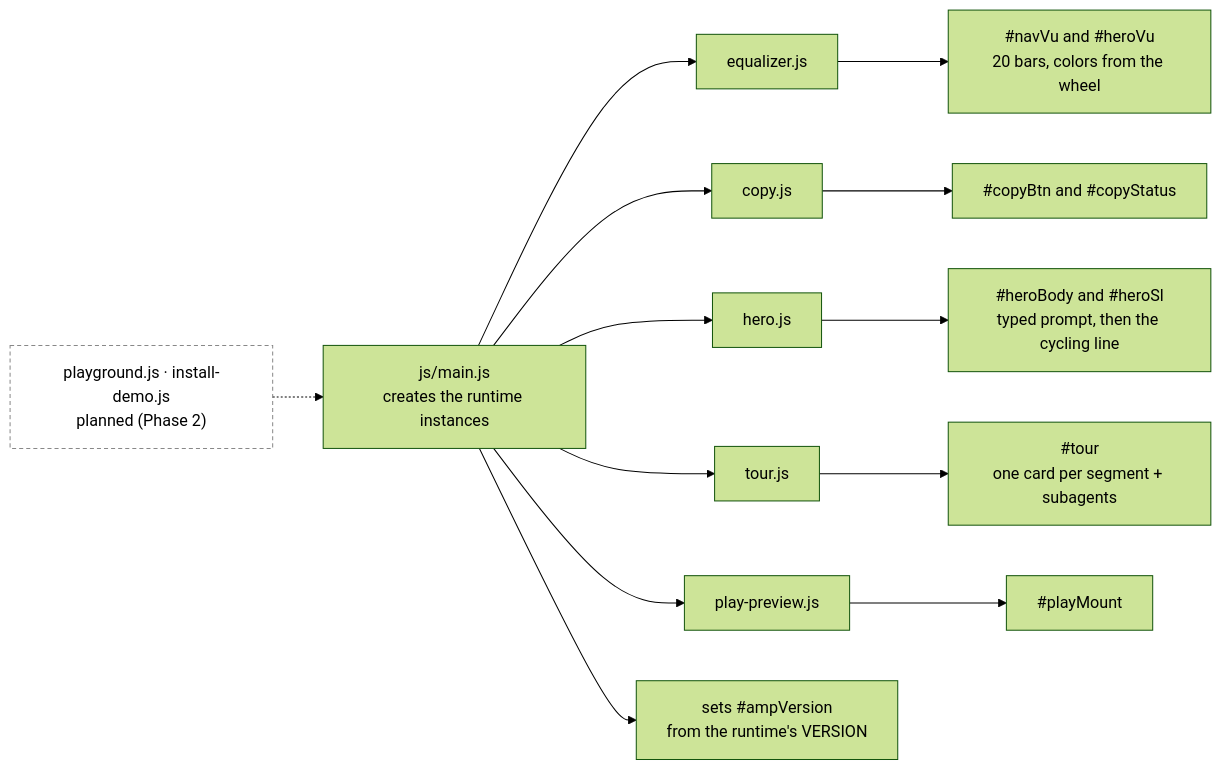
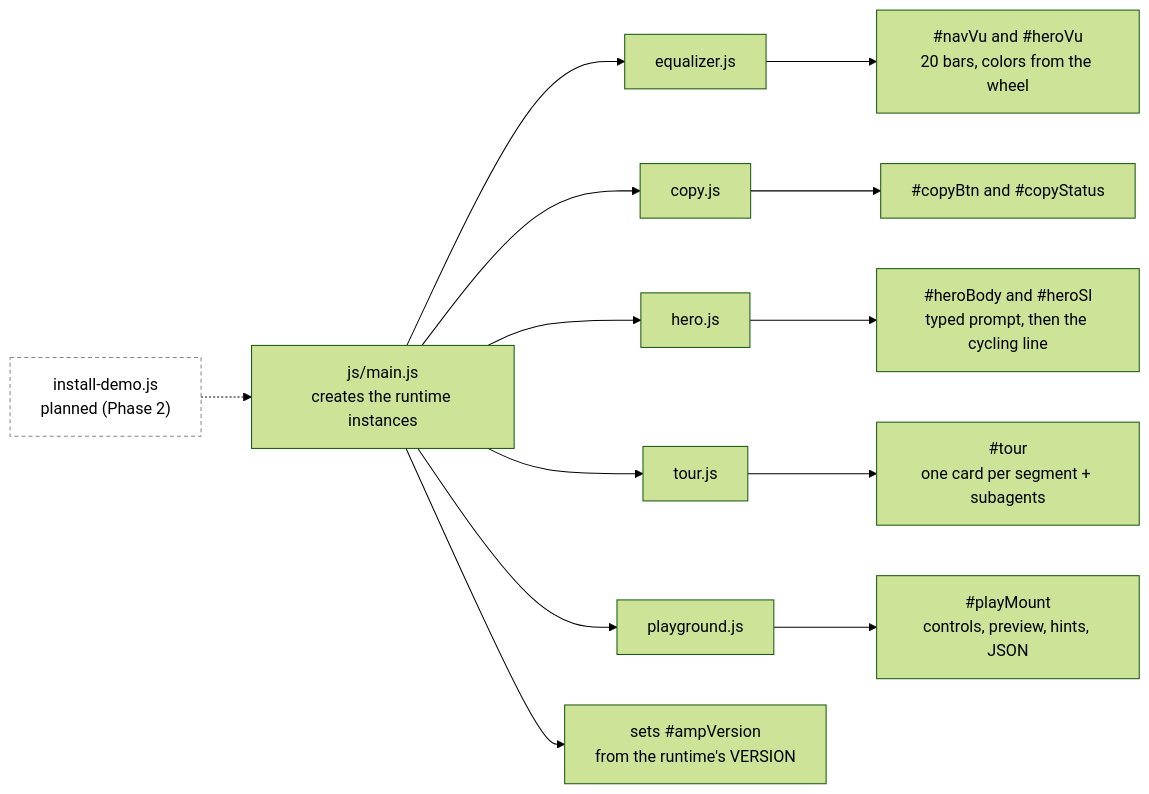
The second of 2 diagrams in diagrams/page-structure.md (carterptull/ampline-website), drawn with Mermaid (forest theme) before and after one commit. The commit also changed other lines of this file and 16 other files, not shown here.

````diff
--- a/diagrams/page-structure.md
+++ b/diagrams/page-structure.md
@@ -27,20 +26,20 @@
 ```mermaid
 flowchart LR
     main["js/main.js<br/>creates the runtime instances"]
 
     main --> eq["equalizer.js"]
     main --> copy["copy.js"]
     main --> hero["hero.js"]
     main --> tour["tour.js"]
-    main --> prev["play-preview.js"]
+    main --> play["playground.js"]
     main --> ver["sets #ampVersion<br/>from the runtime's VERSION"]
-    future["playground.js · install-demo.js<br/>planned (Phase 2)"] -.-> main
+    future["install-demo.js<br/>planned (Phase 2)"] -.-> main
 
     eq --> c1["#navVu and #heroVu<br/>20 bars, colors from the wheel"]
     copy --> c2["#copyBtn and #copyStatus"]
     hero --> c3["#heroBody and #heroSl<br/>typed prompt, then the cycling line"]
     tour --> c4["#tour<br/>one card per segment + subagents"]
-    prev --> c5["#playMount"]
+    play --> c5["#playMount<br/>controls, preview, hints, JSON"]
 
     style future fill:transparent,stroke:#888,stroke-width:1px,stroke-dasharray: 4 3
 ```
````
